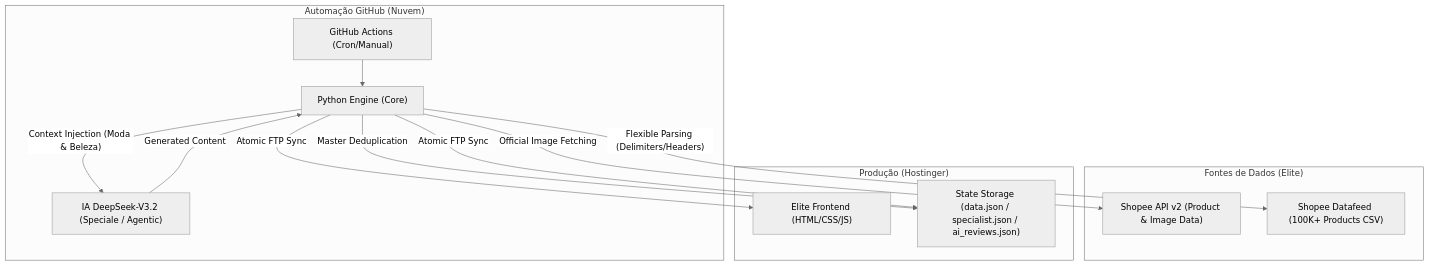
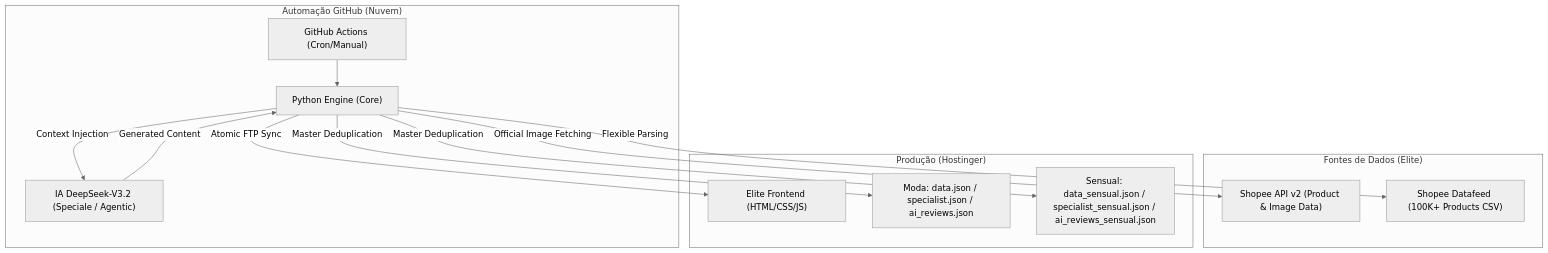
One commit to EricMacedo10/Rob-Titanium changed the diagram in docs/TITANIUM_BRAIN/00_SYSTEM_ARCHITECTURE.md. Above: the diagram before and after it, drawn with Mermaid (neutral theme). The commit also changed other lines of this file and 2 other files, not shown here.

````diff
--- a/docs/TITANIUM_BRAIN/00_SYSTEM_ARCHITECTURE.md
+++ b/docs/TITANIUM_BRAIN/00_SYSTEM_ARCHITECTURE.md
@@ -22,27 +19,28 @@
 ```mermaid
 graph TD
     subgraph "Automação GitHub (Nuvem)"
         ACTION["GitHub Actions (Cron/Manual)"]
         PYTHON["Python Engine (Core)"]
         AI["IA DeepSeek-V3.2 (Speciale / Agentic)"]
     end
 
     subgraph "Fontes de Dados (Elite)"
         SHP["Shopee API v2 (Product & Image Data)"]
         FEED["Shopee Datafeed (100K+ Products CSV)"]
     end
 
     subgraph "Produção (Hostinger)"
         SITE["Elite Frontend (HTML/CSS/JS)"]
-        STATE["State Storage (data.json / specialist.json / ai_reviews.json)"]
+        STATE_MODA["Moda: data.json / specialist.json / ai_reviews.json"]
+        STATE_SENSUAL["Sensual: data_sensual.json / specialist_sensual.json / ai_reviews_sensual.json"]
     end
 
     ACTION --> PYTHON
-    PYTHON -- "Flexible Parsing (Delimiters/Headers)" --> FEED
+    PYTHON -- "Flexible Parsing" --> FEED
     PYTHON -- "Official Image Fetching" --> SHP
-    PYTHON -- "Context Injection (Moda & Beleza)" --> AI
+    PYTHON -- "Context Injection" --> AI
     AI -- "Generated Content" --> PYTHON
-    PYTHON -- "Master Deduplication" --> STATE
-    PYTHON -- "Atomic FTP Sync" --> STATE
+    PYTHON -- "Master Deduplication" --> STATE_MODA
+    PYTHON -- "Master Deduplication" --> STATE_SENSUAL
     PYTHON -- "Atomic FTP Sync" --> SITE
 ```
````
